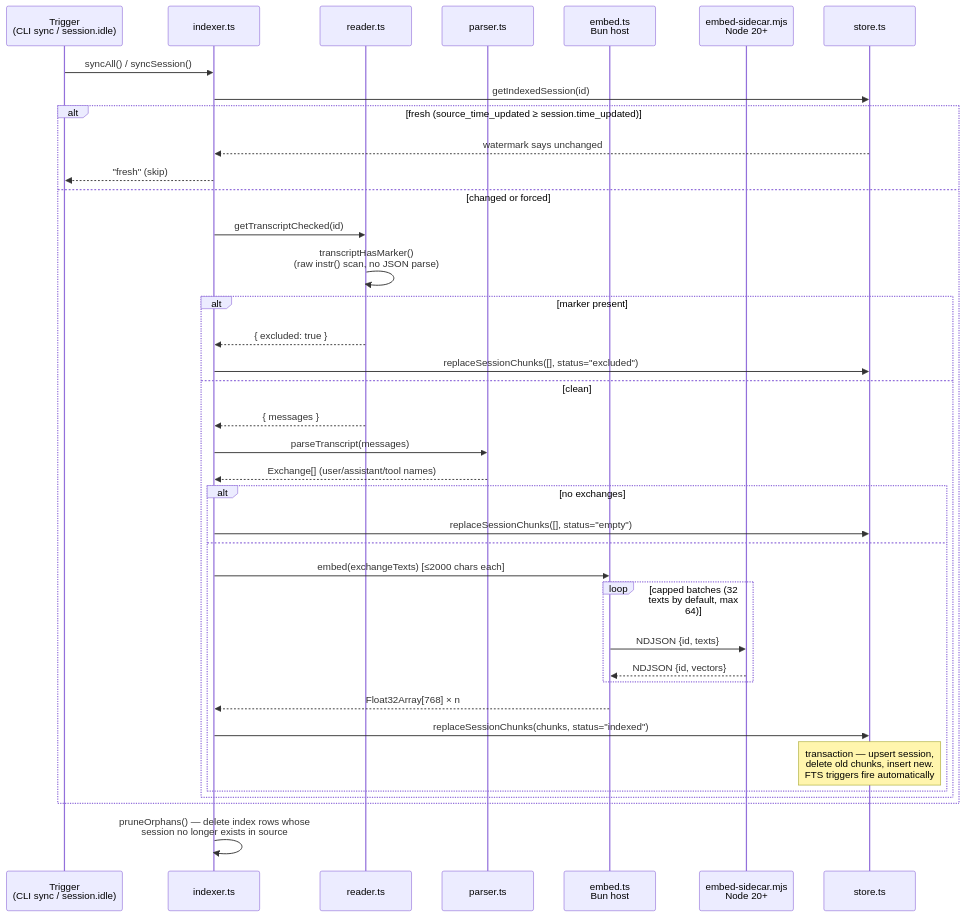
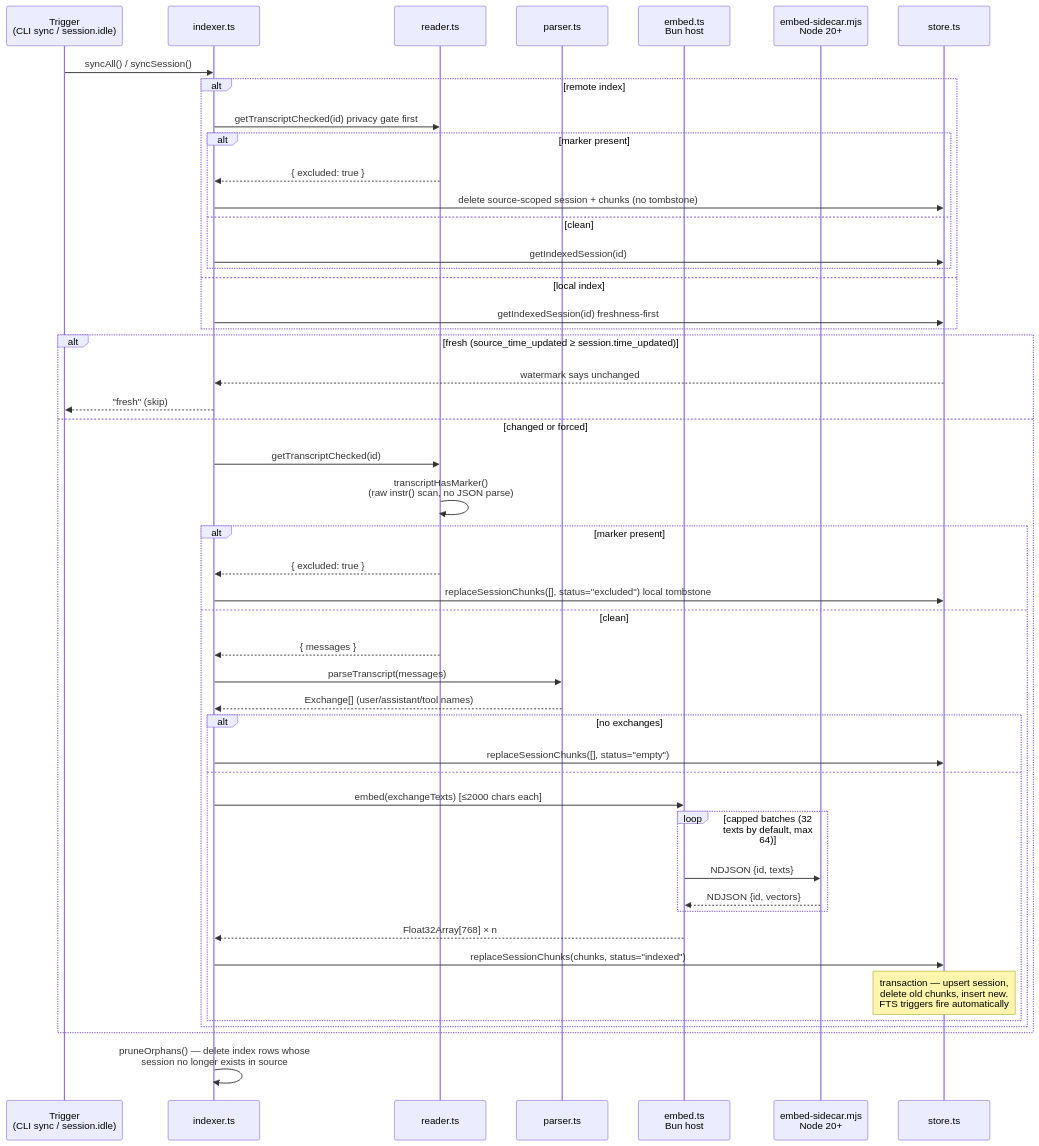
One commit to robertn702/opencode-episodic-memory changed the second of 3 diagrams in ARCHITECTURE.md. Above: the diagram before and after it, drawn with Mermaid. The commit also changed other lines of this file and 12 other files, not shown here.

Commit message:
feat: add opt-in remote index backend (#28)

````diff
--- a/ARCHITECTURE.md
+++ b/ARCHITECTURE.md
@@ -150,41 +167,51 @@
 ```mermaid
 sequenceDiagram
     participant T as Trigger<br/>(CLI sync / session.idle)
     participant I as indexer.ts
     participant R as reader.ts
     participant P as parser.ts
     participant E as embed.ts<br/>Bun host
     participant N as embed-sidecar.mjs<br/>Node 20+
     participant S as store.ts
 
     T->>I: syncAll() / syncSession()
-    I->>S: getIndexedSession(id)
+    alt remote index
+        I->>R: getTranscriptChecked(id) privacy gate first
+        alt marker present
+            R-->>I: { excluded: true }
+            I->>S: delete source-scoped session + chunks (no tombstone)
+        else clean
+            I->>S: getIndexedSession(id)
+        end
+    else local index
+        I->>S: getIndexedSession(id) freshness-first
+    end
     alt fresh (source_time_updated ≥ session.time_updated)
         S-->>I: watermark says unchanged
         I-->>T: "fresh" (skip)
     else changed or forced
         I->>R: getTranscriptChecked(id)
         R->>R: transcriptHasMarker()<br/>(raw instr() scan, no JSON parse)
         alt marker present
             R-->>I: { excluded: true }
-            I->>S: replaceSessionChunks([], status="excluded")
+            I->>S: replaceSessionChunks([], status="excluded") local tombstone
         else clean
             R-->>I: { messages }
             I->>P: parseTranscript(messages)
             P-->>I: Exchange[] (user/assistant/tool names)
             alt no exchanges
                 I->>S: replaceSessionChunks([], status="empty")
             else
                 I->>E: embed(exchangeTexts)  [≤2000 chars each]
                 loop capped batches (32 texts by default, max 64)
                     E->>N: NDJSON {id, texts}
                     N-->>E: NDJSON {id, vectors}
                 end
                 E-->>I: Float32Array[768] × n
                 I->>S: replaceSessionChunks(chunks, status="indexed")
                 Note over S: transaction — upsert session,<br/>delete old chunks, insert new.<br/>FTS triggers fire automatically
             end
         end
     end
     I->>I: pruneOrphans() — delete index rows whose<br/>session no longer exists in source
 ```
````
